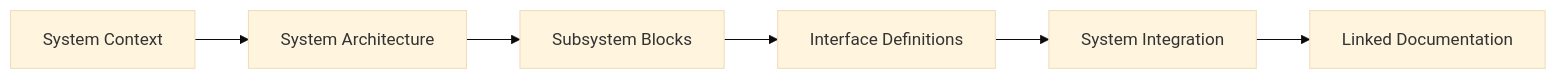
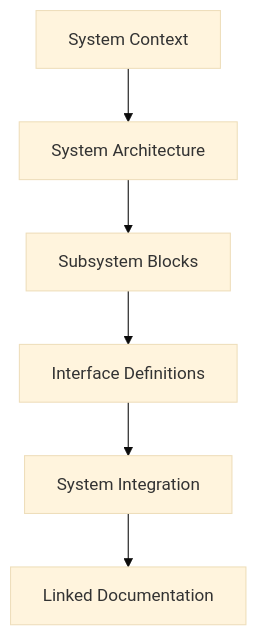
One commit to zcohen-nerd/Portfolio changed the diagram in src/pages/projects/fusion-system-blocks.md. Above: the diagram before and after it, drawn with Mermaid (base theme). The commit also changed 6 other files, not shown here.

First line of the commit message:
Fix Mermaid rendering and FIRST history heading hierarchy

````diff
--- a/src/pages/projects/fusion-system-blocks.md
+++ b/src/pages/projects/fusion-system-blocks.md
@@ -43,8 +43,8 @@
-<div class="mermaid">
-flowchart LR
+```mermaid
+flowchart TB
   SYS[System Context] --> ARCH[System Architecture]
   ARCH --> SUB[Subsystem Blocks]
   SUB --> IFACE[Interface Definitions]
   IFACE --> INTEG[System Integration]
   INTEG --> DOC[Linked Documentation]
-</div>
+```
````
